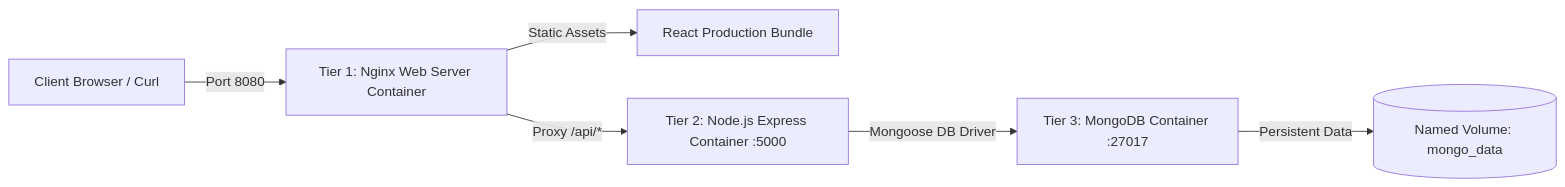
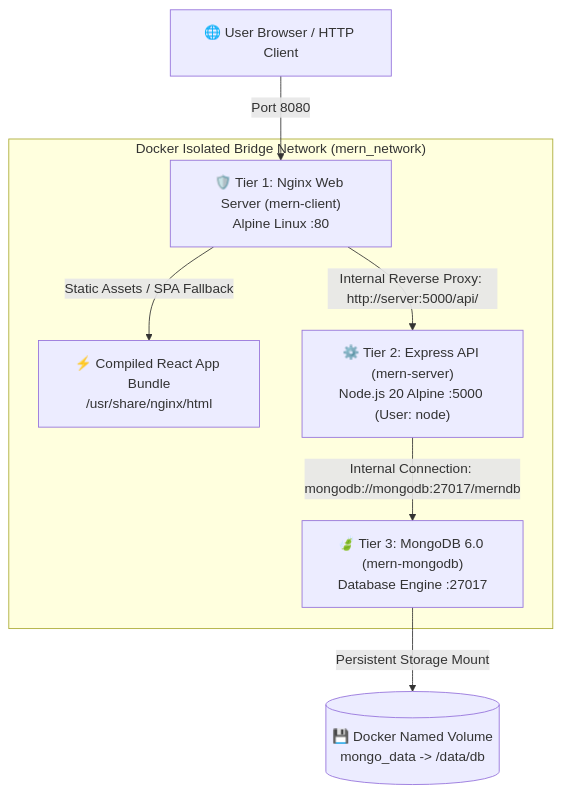
One commit to swarajvecha-web/Web-Server-using-Docker changed the diagram in README.md. Above: the diagram before and after it, drawn with Mermaid. The commit also changed other lines of this file, not shown here.

Commit message:
docs: upgrade to comprehensive full-fledged README with architecture, API docs, and Docker lifecycle

````diff
--- a/README.md
+++ b/README.md
@@ -12,8 +61,13 @@
 ```mermaid
-graph LR
-    User[Client Browser / Curl] -->|Port 8080| Nginx[Tier 1: Nginx Web Server Container]
-    Nginx -->|Static Assets| ReactBuild[React Production Bundle]
-    Nginx -->|Proxy /api/*| Express[Tier 2: Node.js Express Container :5000]
-    Express -->|Mongoose DB Driver| Mongo[Tier 3: MongoDB Container :27017]
-    Mongo -->|Persistent Data| Volume[(Named Volume: mongo_data)]
+graph TD
+    User["🌐 User Browser / HTTP Client"] -->|Port 8080| Nginx["🛡️ Tier 1: Nginx Web Server (mern-client)<br/>Alpine Linux :80"]
+    
+    subgraph DockerBridge["Docker Isolated Bridge Network (mern_network)"]
+        Nginx -->|Static Assets / SPA Fallback| Static["⚡ Compiled React App Bundle<br/>/usr/share/nginx/html"]
+        Nginx -->|Internal Reverse Proxy: http://server:5000/api/| Express["⚙️ Tier 2: Express API (mern-server)<br/>Node.js 20 Alpine :5000 (User: node)"]
+        
+        Express -->|Internal Connection: mongodb://mongodb:27017/merndb| Mongo["🍃 Tier 3: MongoDB 6.0 (mern-mongodb)<br/>Database Engine :27017"]
+    end
+    
+    Mongo -->|Persistent Storage Mount| Volume[("💾 Docker Named Volume<br/>mongo_data -> /data/db")]
 ```
````
